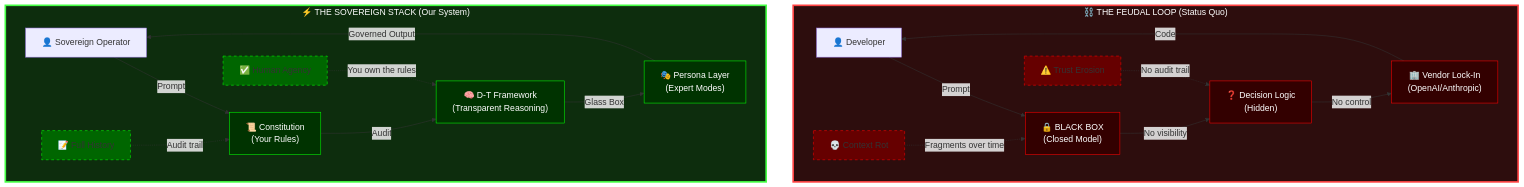
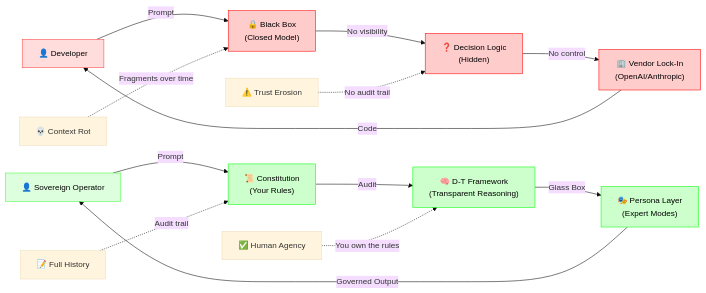
Before and after one commit to hummbl-dev/engine-ops: the diagram in docs/KILL_SHEET.md, drawn with Mermaid. The commit also changed other lines of this file and 54 other files, not shown here.

````diff
--- a/docs/KILL_SHEET.md
+++ b/docs/KILL_SHEET.md
@@ -7,38 +7,30 @@
 ```mermaid
-graph TB
-    subgraph FEUDAL["⛓️ THE FEUDAL LOOP (Status Quo)"]
-        F_User["👤 Developer"] -->|"Prompt"| F_Black["🔒 BLACK BOX<br/>(Closed Model)"]
-        F_Black -->|"No visibility"| F_Decision["❓ Decision Logic<br/>(Hidden)"]
-        F_Decision -->|"No control"| F_Vendor["🏢 Vendor Lock-In<br/>(OpenAI/Anthropic)"]
-        F_Vendor -->|"Code"| F_User
-        
-        F_Rot["💀 Context Rot"] -.->|"Fragments over time"| F_Black
-        F_Trust["⚠️ Trust Erosion"] -.->|"No audit trail"| F_Decision
-    end
-
-    subgraph SOVEREIGN["⚡ THE SOVEREIGN STACK (Our System)"]
-        S_User["👤 Sovereign Operator"] -->|"Prompt"| S_Const["📜 Constitution<br/>(Your Rules)"]
-        S_Const -->|"Audit"| S_DT["🧠 D-T Framework<br/>(Transparent Reasoning)"]
-        S_DT -->|"Glass Box"| S_Persona["🎭 Persona Layer<br/>(Expert Modes)"]
-        S_Persona -->|"Governed Output"| S_User
-        
-        S_History["📝 Full History"] -.->|"Audit trail"| S_Const
-        S_Agency["✅ Human Agency"] -.->|"You own the rules"| S_DT
-    end
-
-    style FEUDAL fill:#2d0d0d,stroke:#ff4444,stroke-width:3px,color:#fff
-    style SOVEREIGN fill:#0d2d0d,stroke:#44ff44,stroke-width:3px,color:#fff
+%%{init: {'theme':'base', 'themeVariables': { 'fontSize':'15px'}}}%%
+graph LR
+    %% Feudal side
+    F_User["👤 Developer"] -->|"Prompt"| F_Black["🔒 Black Box\n(Closed Model)"]
+    F_Black -->|"No visibility"| F_Decision["❓ Decision Logic\n(Hidden)"]
+    F_Decision -->|"No control"| F_Vendor["🏢 Vendor Lock‑In\n(OpenAI/Anthropic)"]
+    F_Vendor -->|"Code"| F_User
     
-    style F_Black fill:#330000,stroke:#ff0000,color:#fff
-    style F_Decision fill:#330000,stroke:#ff0000,color:#fff
-    style F_Vendor fill:#330000,stroke:#ff0000,color:#fff
+    F_Rot["💀 Context Rot"] -.->|"Fragments over time"| F_Black
+    F_Trust["⚠️ Trust Erosion"] -.->|"No audit trail"| F_Decision
     
-    style S_Const fill:#003300,stroke:#00ff00,color:#fff
-    style S_DT fill:#003300,stroke:#00ff00,color:#fff
-    style S_Persona fill:#003300,stroke:#00ff00,color:#fff
+    %% Sovereign side
+    S_User["👤 Sovereign Operator"] -->|"Prompt"| S_Const["📜 Constitution\n(Your Rules)"]
+    S_Const -->|"Audit"| S_DT["🧠 D‑T Framework\n(Transparent Reasoning)"]
+    S_DT -->|"Glass Box"| S_Persona["🎭 Persona Layer\n(Expert Modes)"]
+    S_Persona -->|"Governed Output"| S_User
     
-    style F_Rot fill:#660000,stroke:#ff0000,stroke-dasharray: 5 5
-    style F_Trust fill:#660000,stroke:#ff0000,stroke-dasharray: 5 5
-    style S_History fill:#006600,stroke:#00ff00,stroke-dasharray: 5 5
-    style S_Agency fill:#006600,stroke:#00ff00,stroke-dasharray: 5 5
+    S_History["📝 Full History"] -.->|"Audit trail"| S_Const
+    S_Agency["✅ Human Agency"] -.->|"You own the rules"| S_DT
+    
+    style F_User fill:#ffdddd,stroke:#ff4444,color:#000
+    style F_Black fill:#ffcccc,stroke:#ff0000,color:#000
+    style F_Decision fill:#ffcccc,stroke:#ff0000,color:#000
+    style F_Vendor fill:#ffcccc,stroke:#ff0000,color:#000
+    style S_User fill:#ddffdd,stroke:#44ff44,color:#000
+    style S_Const fill:#ccffcc,stroke:#00ff00,color:#000
+    style S_DT fill:#ccffcc,stroke:#00ff00,color:#000
+    style S_Persona fill:#ccffcc,stroke:#00ff00,color:#000
 ```
````
